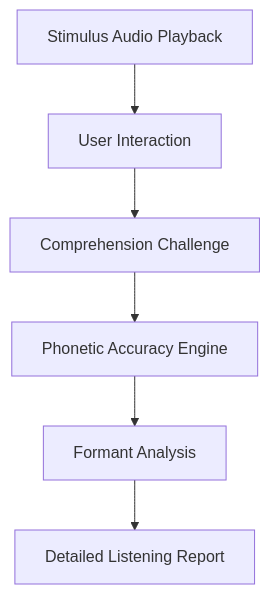
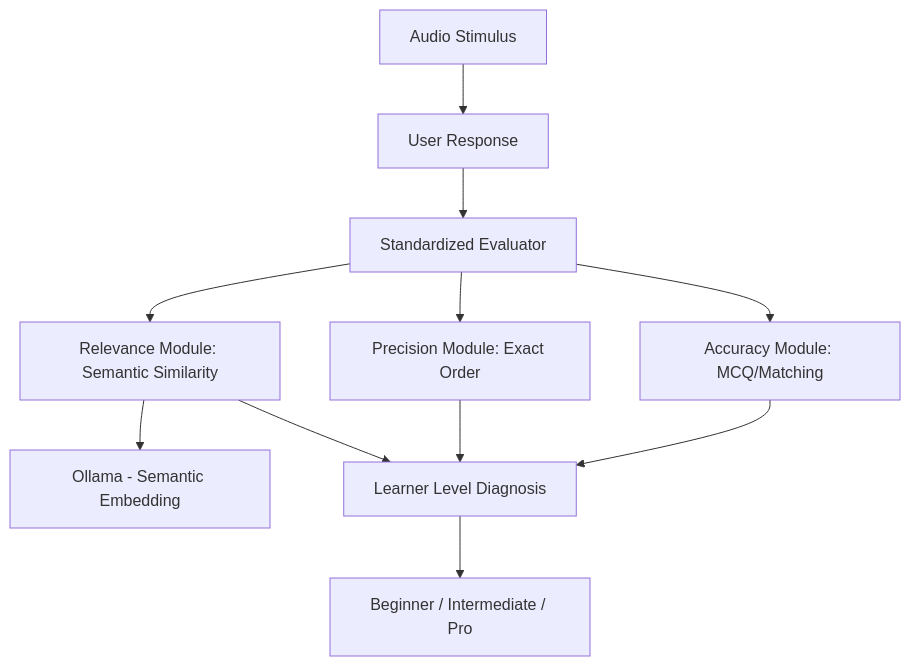
One commit to Saravanan2005real/Tamil-Prouficiency-Assesment-Platform-IITM changed the diagram in tamil-listening-module/README.md. Above: the diagram before and after it, drawn with Mermaid. The commit also changed 5 other files, not shown here.

Commit message:
Update module architecture diagrams to match actual implementation logic (Groq, Ollama, Whisper, Gates)

````diff
--- a/tamil-listening-module/README.md
+++ b/tamil-listening-module/README.md
@@ -5,8 +5,11 @@
 ```mermaid
 graph TD
-    Playback[Stimulus Audio Playback] --> User[User Interaction]
-    User --> Comp[Comprehension Challenge]
-    Comp --> Phonetic[Phonetic Accuracy Engine]
-    Phonetic --> Formant[Formant Analysis]
-    Formant --> Report[Detailed Listening Report]
+    Playback[Audio Stimulus] --> User[User Response]
+    User --> Eval[Standardized Evaluator]
+    Eval --> Acc[Accuracy Module: MCQ/Matching]
+    Eval --> Pre[Precision Module: Exact Order]
+    Eval --> Rel[Relevance Module: Semantic Similarity]
+    Rel --> LLM[Ollama - Semantic Embedding]
+    Acc & Pre & Rel --> Diagn[Learner Level Diagnosis]
+    Diagn --> Skill[Beginner / Intermediate / Pro]
 ```
````
